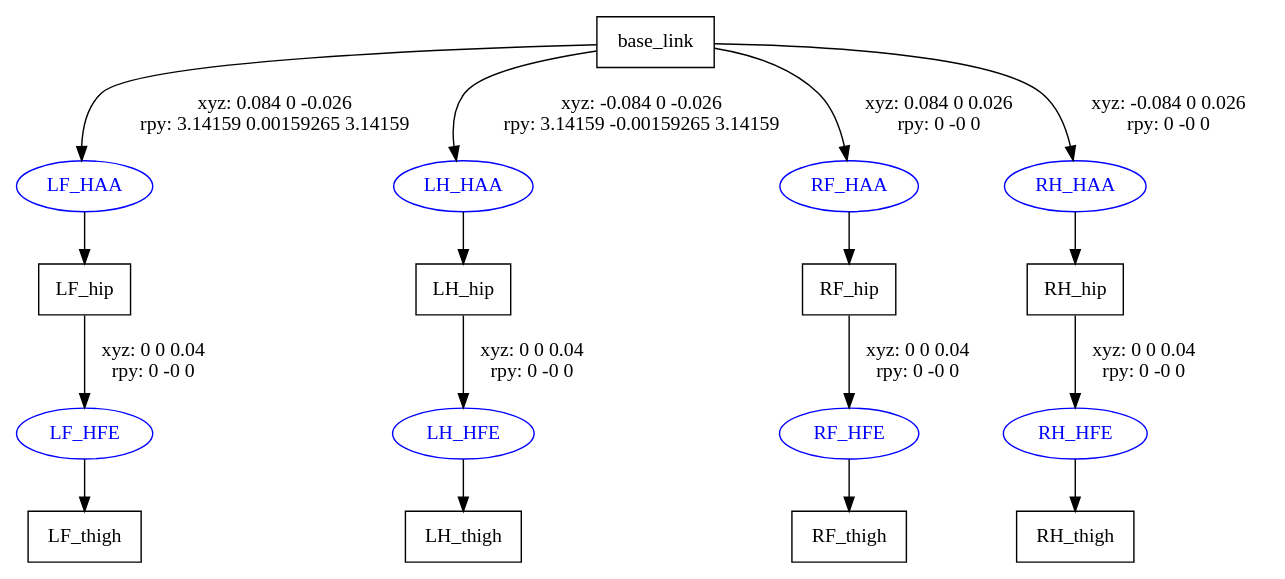
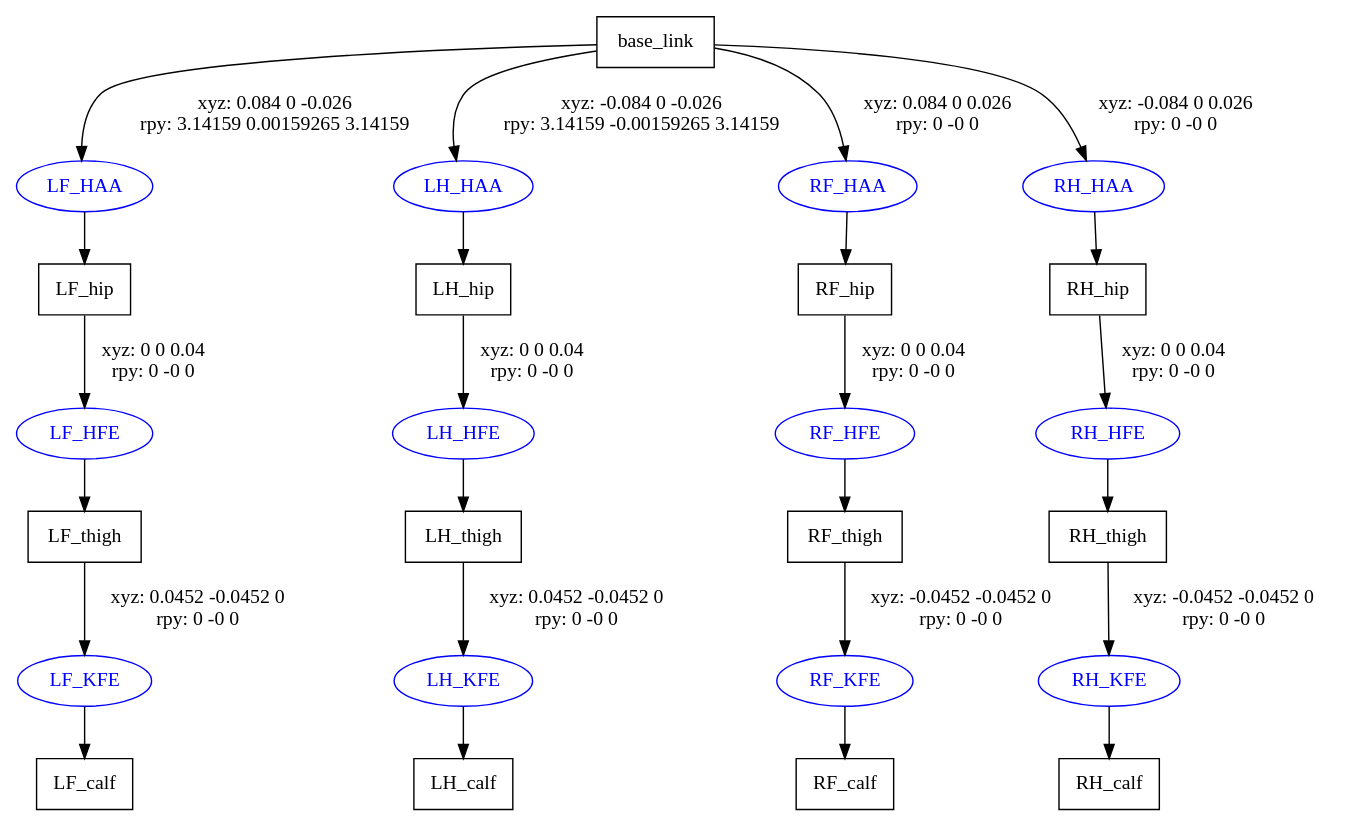
Before and after one commit to pomelo925/robot_doggy: the diagram in robotdog_description/urdf/puppy.gv, drawn with Graphviz. The commit also changed 2 other files, not shown here.

```diff
--- a/robotdog_description/urdf/puppy.gv
+++ b/robotdog_description/urdf/puppy.gv
@@ -1,29 +1,41 @@
 digraph G {
 node [shape=box];
 "base_link" [label="base_link"];
 "LF_hip" [label="LF_hip"];
 "LF_thigh" [label="LF_thigh"];
+"LF_calf" [label="LF_calf"];
 "LH_hip" [label="LH_hip"];
 "LH_thigh" [label="LH_thigh"];
+"LH_calf" [label="LH_calf"];
 "RF_hip" [label="RF_hip"];
 "RF_thigh" [label="RF_thigh"];
+"RF_calf" [label="RF_calf"];
 "RH_hip" [label="RH_hip"];
 "RH_thigh" [label="RH_thigh"];
+"RH_calf" [label="RH_calf"];
 node [shape=ellipse, color=blue, fontcolor=blue];
 "base_link" -> "LF_HAA" [label="xyz: 0.084 0 -0.026 \nrpy: 3.14159 0.00159265 3.14159"]
 "LF_HAA" -> "LF_hip"
 "LF_hip" -> "LF_HFE" [label="xyz: 0 0 0.04 \nrpy: 0 -0 0"]
 "LF_HFE" -> "LF_thigh"
+"LF_thigh" -> "LF_KFE" [label="xyz: 0.0452 -0.0452 0 \nrpy: 0 -0 0"]
+"LF_KFE" -> "LF_calf"
 "base_link" -> "LH_HAA" [label="xyz: -0.084 0 -0.026 \nrpy: 3.14159 -0.00159265 3.14159"]
 "LH_HAA" -> "LH_hip"
 "LH_hip" -> "LH_HFE" [label="xyz: 0 0 0.04 \nrpy: 0 -0 0"]
 "LH_HFE" -> "LH_thigh"
+"LH_thigh" -> "LH_KFE" [label="xyz: 0.0452 -0.0452 0 \nrpy: 0 -0 0"]
+"LH_KFE" -> "LH_calf"
 "base_link" -> "RF_HAA" [label="xyz: 0.084 0 0.026 \nrpy: 0 -0 0"]
 "RF_HAA" -> "RF_hip"
 "RF_hip" -> "RF_HFE" [label="xyz: 0 0 0.04 \nrpy: 0 -0 0"]
 "RF_HFE" -> "RF_thigh"
+"RF_thigh" -> "RF_KFE" [label="xyz: -0.0452 -0.0452 0 \nrpy: 0 -0 0"]
+"RF_KFE" -> "RF_calf"
 "base_link" -> "RH_HAA" [label="xyz: -0.084 0 0.026 \nrpy: 0 -0 0"]
 "RH_HAA" -> "RH_hip"
 "RH_hip" -> "RH_HFE" [label="xyz: 0 0 0.04 \nrpy: 0 -0 0"]
 "RH_HFE" -> "RH_thigh"
+"RH_thigh" -> "RH_KFE" [label="xyz: -0.0452 -0.0452 0 \nrpy: 0 -0 0"]
+"RH_KFE" -> "RH_calf"
 }
```
